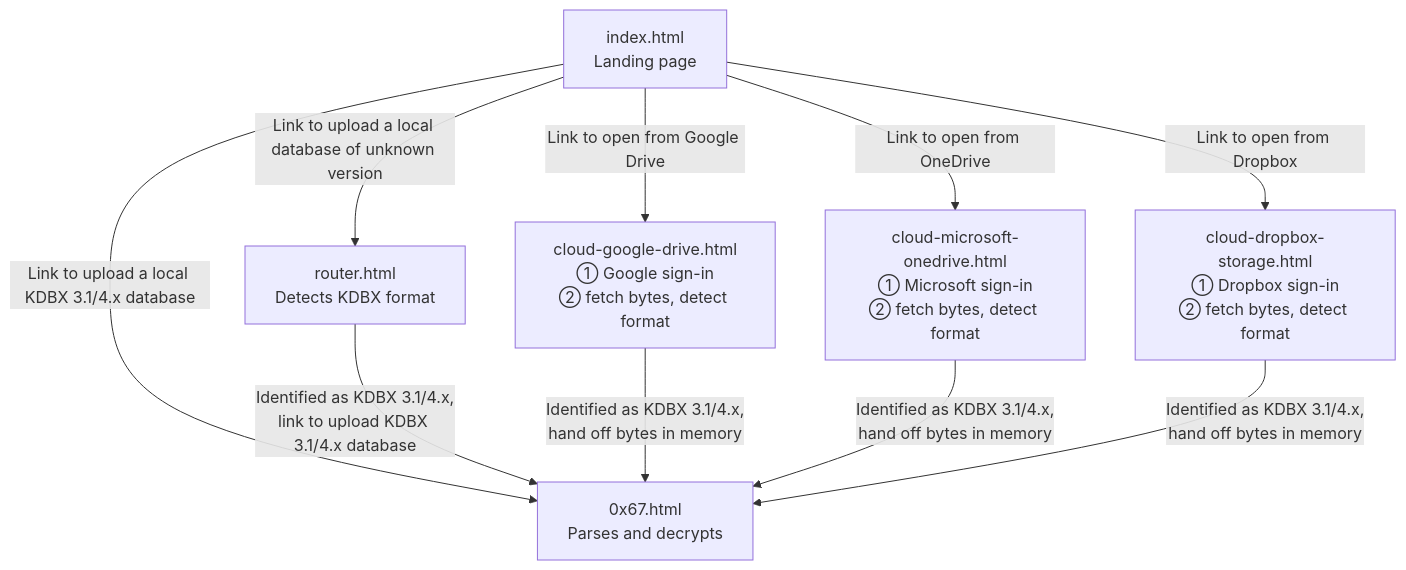
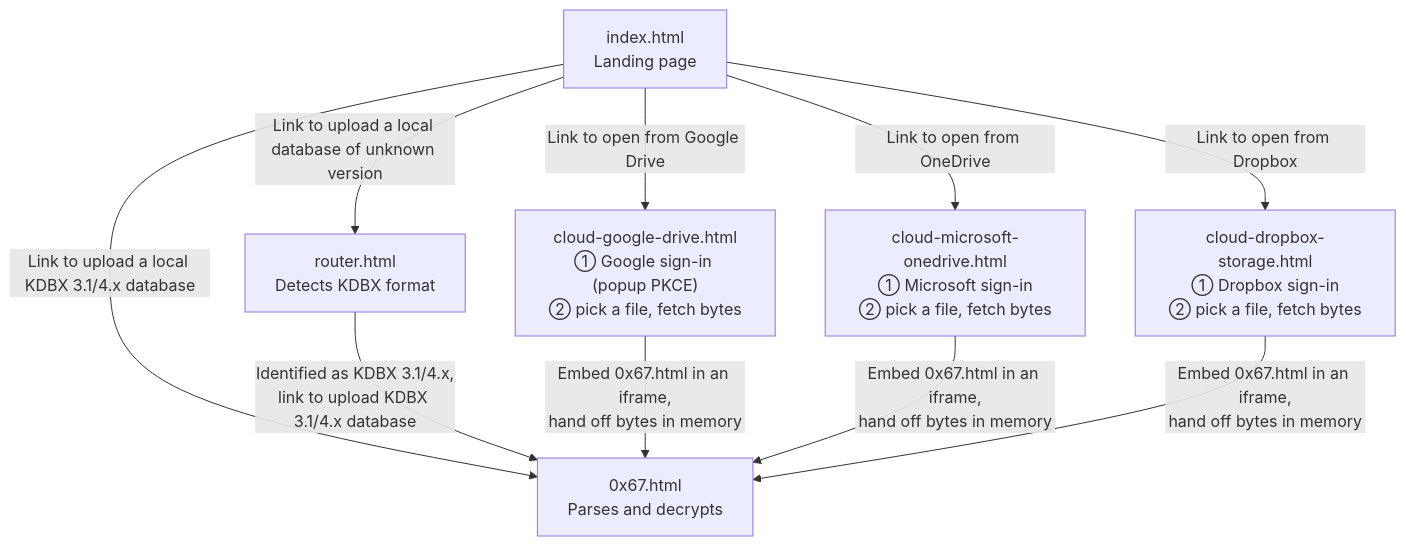
Before and after one commit to keepass-web/source-application: the diagram in docs/PAGES.md, drawn with Mermaid. The commit also changed other lines of this file and 22 other files, not shown here.

````diff
--- a/docs/PAGES.md
+++ b/docs/PAGES.md
@@ -18,16 +18,16 @@
 ```mermaid
 flowchart TD
     INDEX["index.html<br/>Landing page"]
 
     INDEX -->|"Link to upload a local database of unknown version"| ROUTER["router.html<br/>Detects KDBX format"]
     INDEX -->|"Link to upload a local KDBX 3.1/4.x database"| APP["0x67.html<br/>Parses and decrypts"]
     ROUTER -->|"Identified as KDBX 3.1/4.x,<br/>link to upload KDBX 3.1/4.x database"| APP
 
-    INDEX -->|"Link to open from Google Drive"| DRIVE["cloud-google-drive.html<br/>① Google sign-in<br/>② fetch bytes, detect format"]
-    INDEX -->|"Link to open from OneDrive"| ONEDRIVE["cloud-microsoft-onedrive.html<br/>① Microsoft sign-in<br/>② fetch bytes, detect format"]
-    INDEX -->|"Link to open from Dropbox"| DROPBOX["cloud-dropbox-storage.html<br/>① Dropbox sign-in<br/>② fetch bytes, detect format"]
+    INDEX -->|"Link to open from Google Drive"| DRIVE["cloud-google-drive.html<br/>① Google sign-in (popup PKCE)<br/>② pick a file, fetch bytes"]
+    INDEX -->|"Link to open from OneDrive"| ONEDRIVE["cloud-microsoft-onedrive.html<br/>① Microsoft sign-in<br/>② pick a file, fetch bytes"]
+    INDEX -->|"Link to open from Dropbox"| DROPBOX["cloud-dropbox-storage.html<br/>① Dropbox sign-in<br/>② pick a file, fetch bytes"]
 
-    DRIVE -->|"Identified as KDBX 3.1/4.x,<br/>hand off bytes in memory"| APP
-    ONEDRIVE -->|"Identified as KDBX 3.1/4.x,<br/>hand off bytes in memory"| APP
-    DROPBOX -->|"Identified as KDBX 3.1/4.x,<br/>hand off bytes in memory"| APP
+    DRIVE -->|"Embed 0x67.html in an iframe,<br/>hand off bytes in memory"| APP
+    ONEDRIVE -->|"Embed 0x67.html in an iframe,<br/>hand off bytes in memory"| APP
+    DROPBOX -->|"Embed 0x67.html in an iframe,<br/>hand off bytes in memory"| APP
 ```
````
